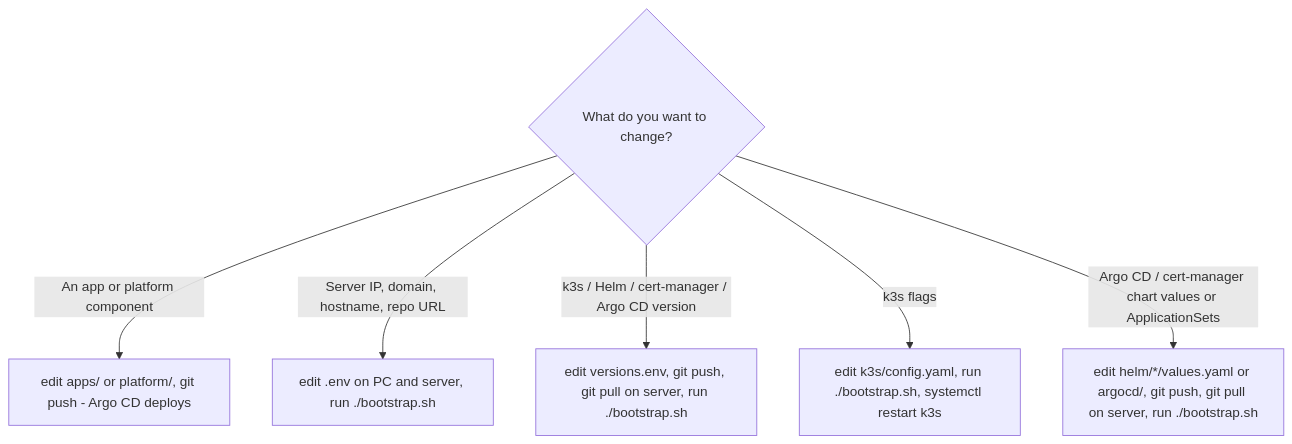
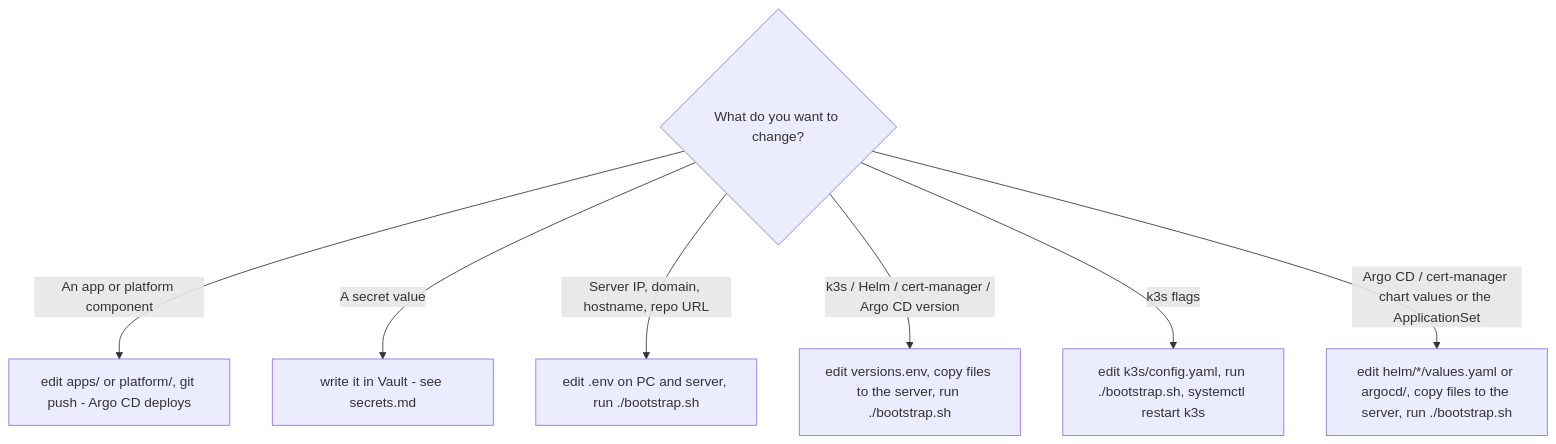
The diagram in docs/operations.md (Elouel/homelab), drawn with Mermaid before and after one commit. The commit also changed other lines of this file and 29 other files, not shown here.

First line of the commit message:
feat: integrate HashiCorp Vault and External Secrets for secret management

````diff
--- a/docs/operations.md
+++ b/docs/operations.md
@@ -8,9 +8,10 @@
 ```mermaid
 flowchart TD
   Q{"What do you want to change?"}
   Q -->|"An app or platform component"| A["edit apps/ or platform/, git push - Argo CD deploys"]
+  Q -->|"A secret value"| S["write it in Vault - see secrets.md"]
   Q -->|"Server IP, domain, hostname, repo URL"| B["edit .env on PC and server, run ./bootstrap.sh"]
-  Q -->|"k3s / Helm / cert-manager / Argo CD version"| C["edit versions.env, git push, git pull on server, run ./bootstrap.sh"]
+  Q -->|"k3s / Helm / cert-manager / Argo CD version"| C["edit versions.env, copy files to the server, run ./bootstrap.sh"]
   Q -->|"k3s flags"| D["edit k3s/config.yaml, run ./bootstrap.sh, systemctl restart k3s"]
-  Q -->|"Argo CD / cert-manager chart values or ApplicationSets"| E["edit helm/*/values.yaml or argocd/, git push, git pull on server, run ./bootstrap.sh"]
+  Q -->|"Argo CD / cert-manager chart values or the ApplicationSet"| E["edit helm/*/values.yaml or argocd/, copy files to the server, run ./bootstrap.sh"]
 ```
````
